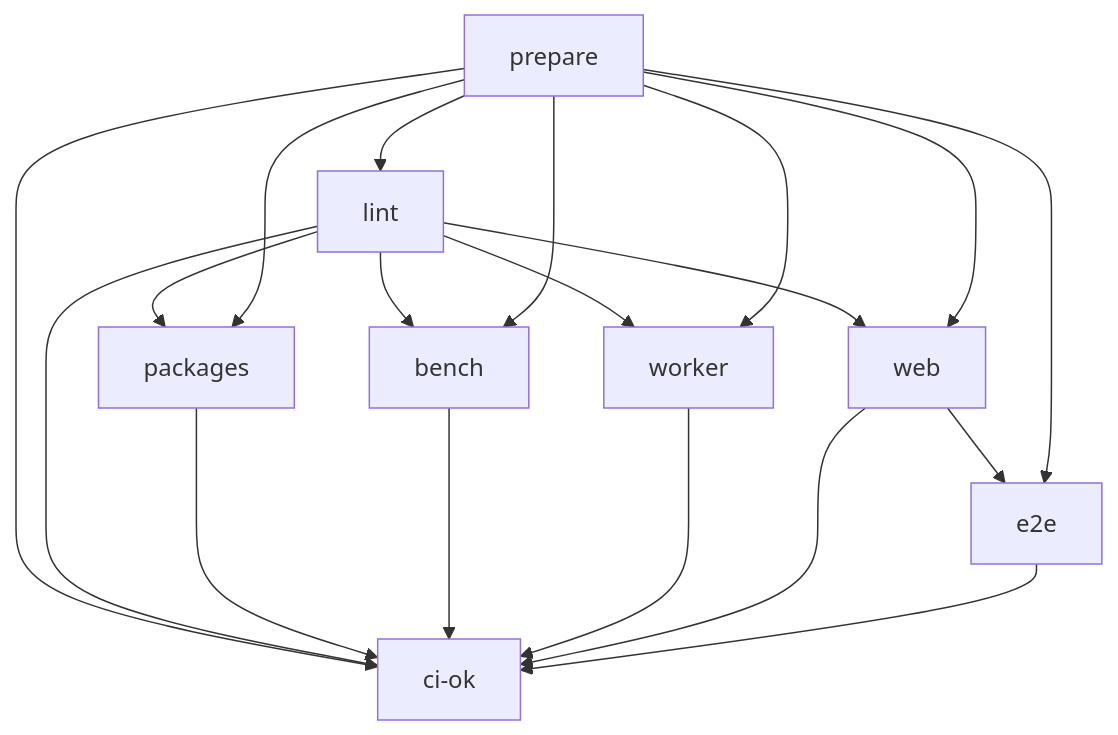
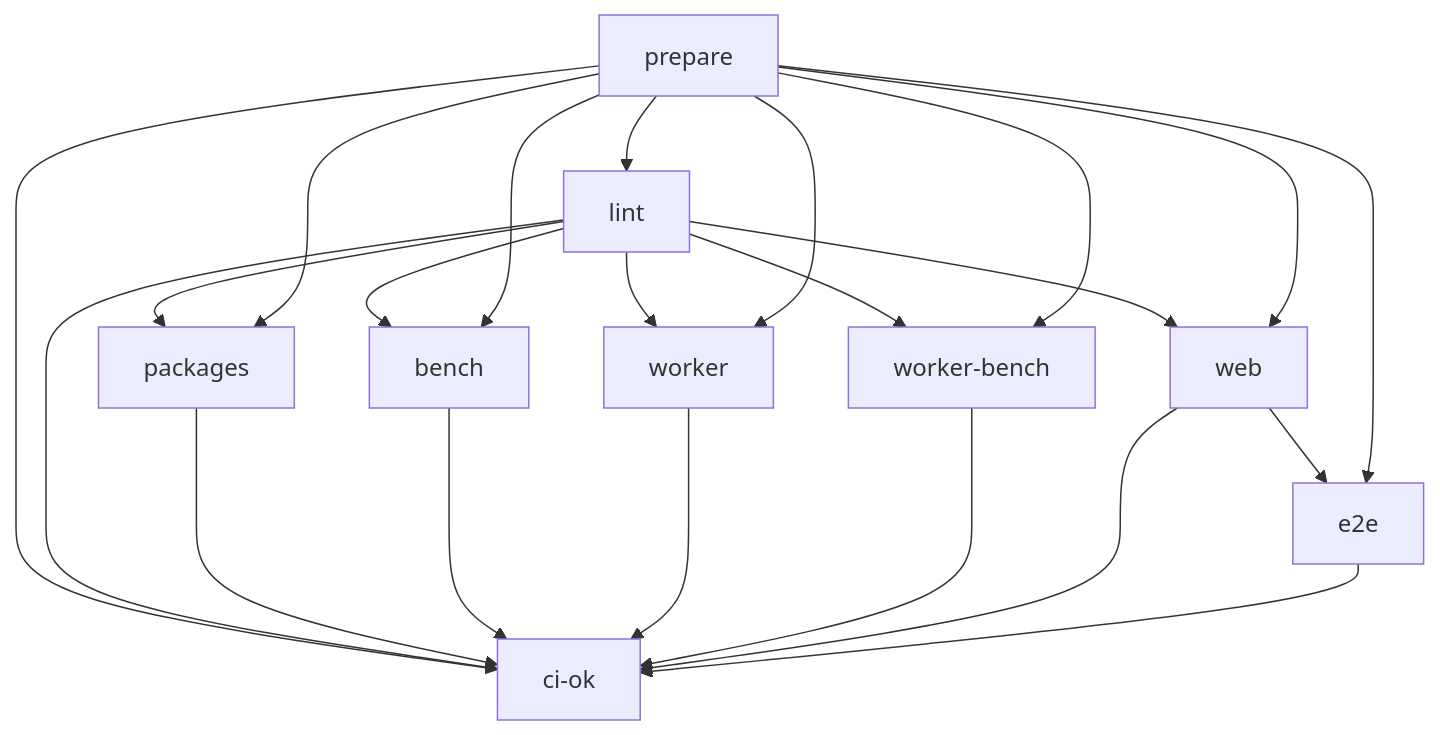
Before and after one commit to soroush-tech/core: the diagram in .github/workflows/ci.md, drawn with Mermaid. The commit also changed other lines of this file and 32 other files, not shown here.

First line of the commit message:
feat(bench-api): bench-action comment relay worker at api.bench.soroush.tech

````diff
--- a/.github/workflows/ci.md
+++ b/.github/workflows/ci.md
@@ -29,21 +29,24 @@
 ```mermaid
 flowchart TD
     prepare --> lint
     lint --> packages
     lint --> bench
     lint --> worker
+    lint --> workerbench["worker-bench"]
     lint --> web
     web --> e2e
     prepare --> packages
     prepare --> bench
     prepare --> worker
+    prepare --> workerbench
     prepare --> web
     prepare --> e2e
     prepare --> ciok["ci-ok"]
     lint --> ciok
     packages --> ciok
     bench --> ciok
     worker --> ciok
+    workerbench --> ciok
     web --> ciok
     e2e --> ciok
 ```
````
